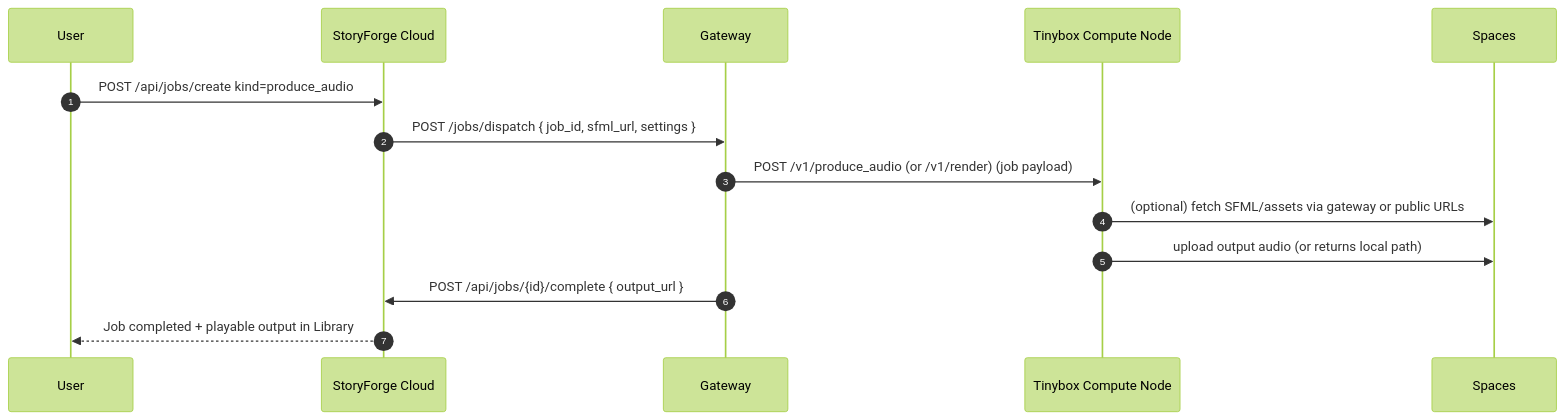
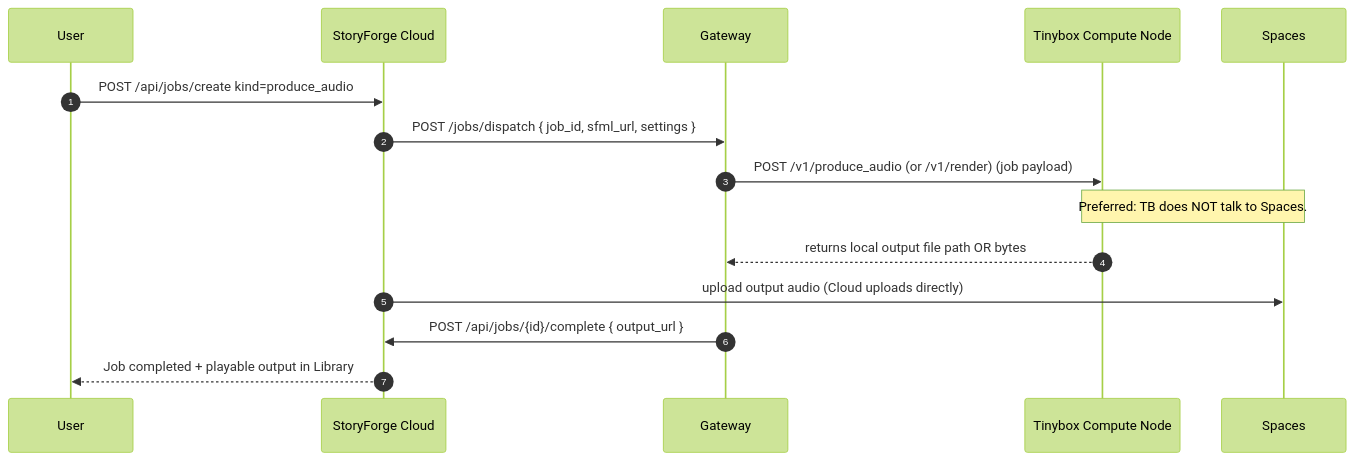
The second of 3 diagrams in docs/infra.md (I0Q/storyforge), drawn with Mermaid (forest theme) before and after one commit. The commit also changed other lines of this file, not shown here.

Commit message:
docs: remove gateway->spaces from sequences; prefer cloud->spaces

````diff
--- a/docs/infra.md
+++ b/docs/infra.md
@@ -78,17 +80,18 @@
 ```mermaid
 sequenceDiagram
   autonumber
   participant U as User
   participant SF as StoryForge Cloud
   participant GW as Gateway
   participant TB as Tinybox Compute Node
   participant SP as Spaces
 
   U->>SF: POST /api/jobs/create kind=produce_audio
   SF->>GW: POST /jobs/dispatch { job_id, sfml_url, settings }
   GW->>TB: POST /v1/produce_audio (or /v1/render) (job payload)
-  TB->>SP: (optional) fetch SFML/assets via gateway or public URLs
-  TB->>SP: upload output audio (or returns local path)
+  Note over TB,SP: Preferred: TB does NOT talk to Spaces.
+  TB-->>GW: returns local output file path OR bytes
+  SF->>SP: upload output audio (Cloud uploads directly)
   GW->>SF: POST /api/jobs/{id}/complete { output_url }
   SF-->>U: Job completed + playable output in Library
 ```
````
